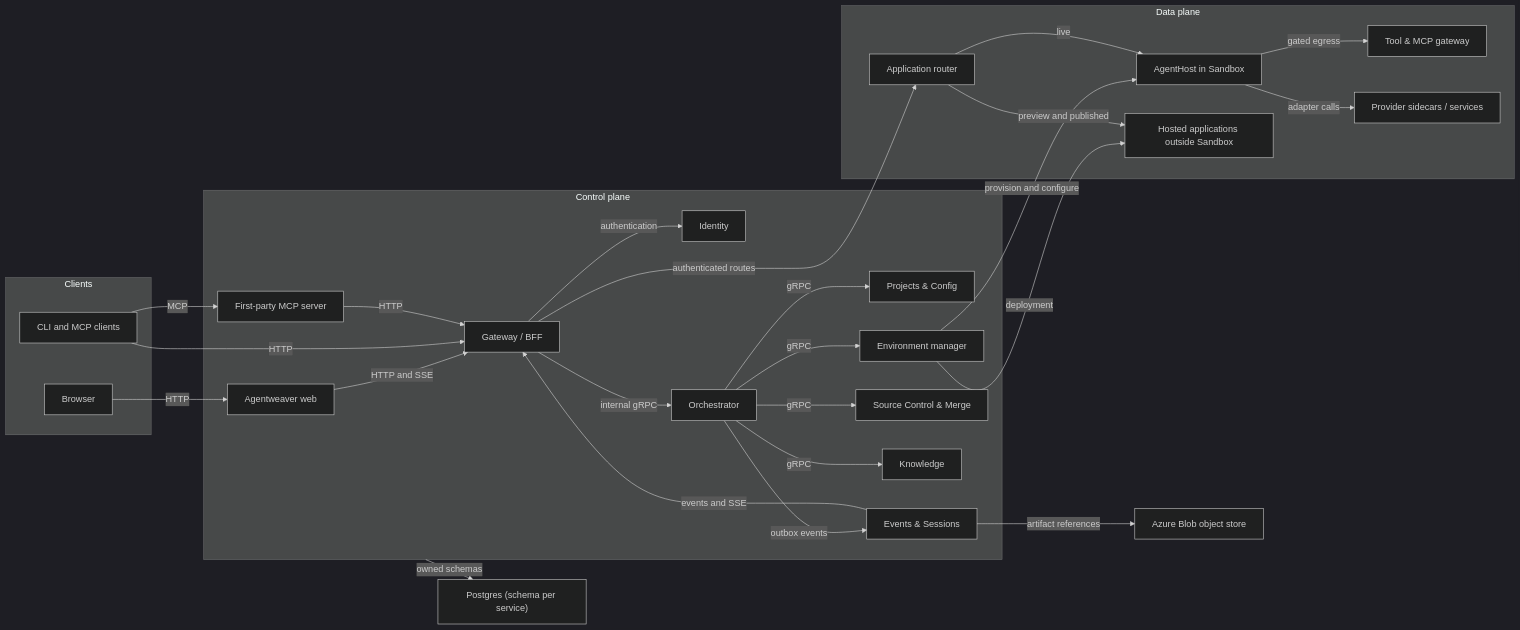
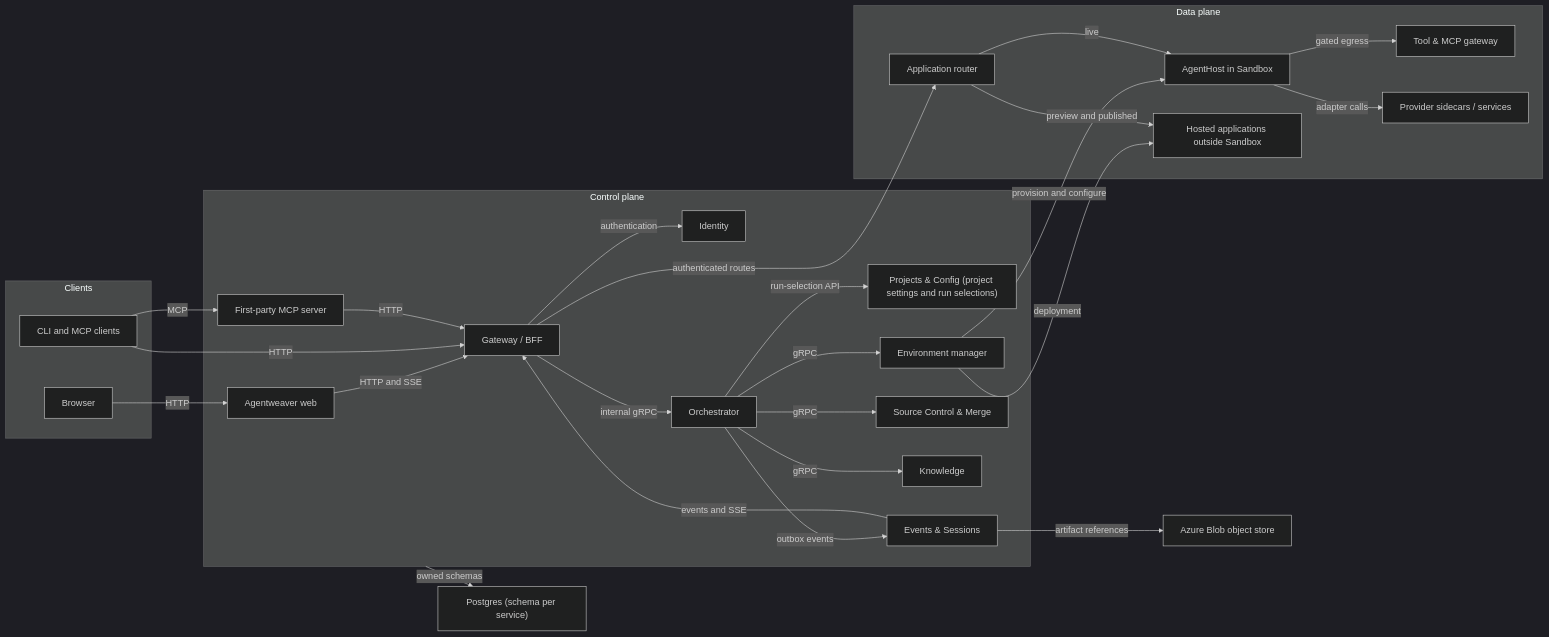
Before and after one commit to sabbour/agentweaver: the first of 2 diagrams in docs/architecture/design/services-and-release.md, drawn with Mermaid (dark theme). The commit also changed other lines of this file and 28 other files, not shown here.

Commit message:
Add Projects & Config service candidate (#1844)

````diff
--- a/docs/architecture/design/services-and-release.md
+++ b/docs/architecture/design/services-and-release.md
@@ -67,50 +67,50 @@
 ```mermaid
 flowchart LR
     subgraph Clients["Clients"]
         Browser["Browser"]
         Cli["CLI and MCP clients"]
     end
     subgraph Control["Control plane"]
         Web["Agentweaver web"]
         Bff["Gateway / BFF"]
         Identity["Identity"]
-        Config["Projects & Config"]
+        Config["Projects & Config (project settings and run selections)"]
         Orch["Orchestrator"]
         Env["Environment manager"]
         Source["Source Control & Merge"]
         Knowledge["Knowledge"]
         Events["Events & Sessions"]
         Mcp["First-party MCP server"]
     end
     subgraph Data["Data plane"]
         Host["AgentHost in Sandbox"]
         Tool["Tool & MCP gateway"]
         Router["Application router"]
         Apps["Hosted applications outside Sandbox"]
         Sidecars["Provider sidecars / services"]
     end
     Db["Postgres (schema per service)"]
     Blob["Azure Blob object store"]
     Browser -->|"HTTP"| Web
     Web -->|"HTTP and SSE"| Bff
     Cli -->|"HTTP"| Bff
     Cli -->|"MCP"| Mcp
     Mcp -->|"HTTP"| Bff
     Bff -->|"internal gRPC"| Orch
     Bff -->|"authentication"| Identity
-    Orch -->|"gRPC"| Config
+    Orch -->|"run-selection API"| Config
     Orch -->|"gRPC"| Knowledge
     Orch -->|"gRPC"| Source
     Orch -->|"gRPC"| Env
     Orch -->|"outbox events"| Events
     Events -->|"events and SSE"| Bff
     Control -->|"owned schemas"| Db
     Events -->|"artifact references"| Blob
     Env -->|"provision and configure"| Host
     Env -->|"deployment"| Apps
     Host -->|"gated egress"| Tool
     Host -->|"adapter calls"| Sidecars
     Bff -->|"authenticated routes"| Router
     Router -->|"live"| Host
     Router -->|"preview and published"| Apps
 ```
````
